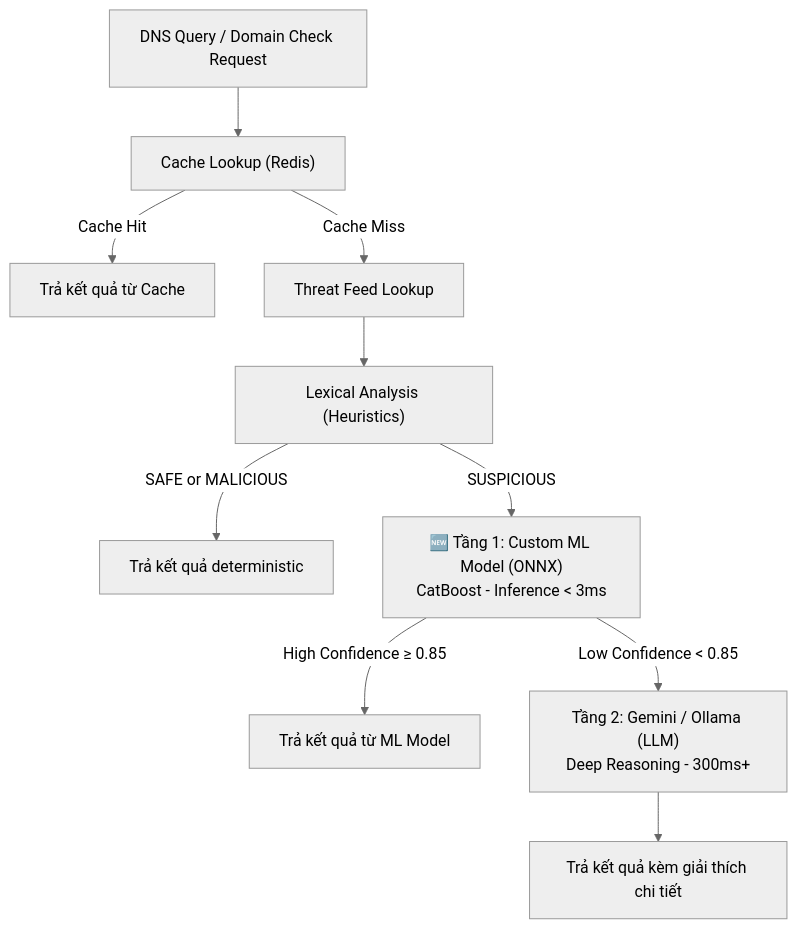
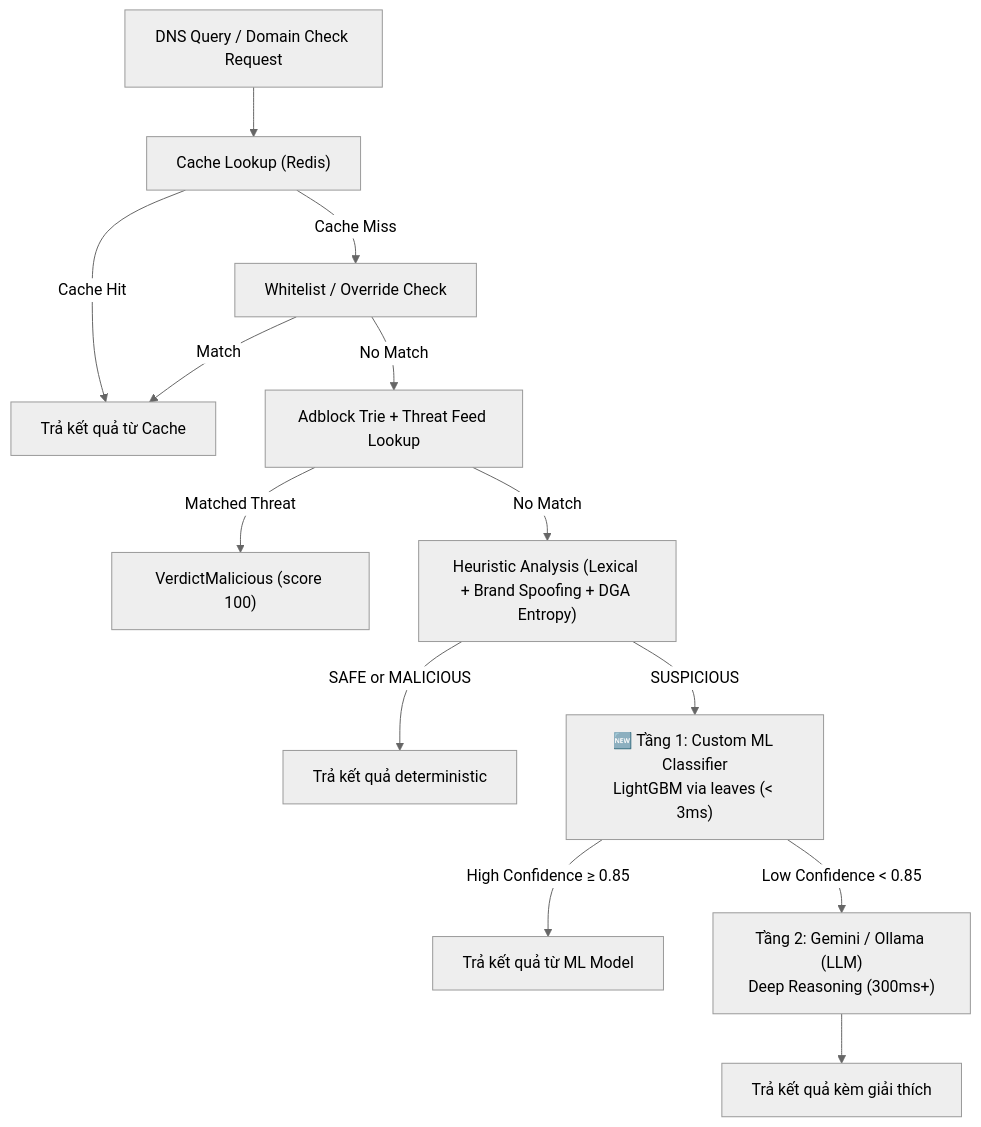
Before and after one commit to vmcchooky/safe-zone: the diagram in docs/safe-zone-ai-implementation_plan.md, drawn with Mermaid (neutral theme). The commit also changed other lines of this file, not shown here.

````diff
--- a/docs/safe-zone-ai-implementation_plan.md
+++ b/docs/safe-zone-ai-implementation_plan.md
@@ -29,12 +47,15 @@
 ```mermaid
 graph TD
     A["DNS Query / Domain Check Request"] --> B["Cache Lookup (Redis)"]
     B -->|Cache Hit| C["Trả kết quả từ Cache"]
-    B -->|Cache Miss| D["Threat Feed Lookup"]
-    D --> E["Lexical Analysis (Heuristics)"]
-    E -->|SAFE or MALICIOUS| F["Trả kết quả deterministic"]
-    E -->|SUSPICIOUS| G["🆕 Tầng 1: Custom ML Model (ONNX)\nCatBoost - Inference < 3ms"]
-    G -->|High Confidence ≥ 0.85| H["Trả kết quả từ ML Model"]
-    G -->|Low Confidence < 0.85| I["Tầng 2: Gemini / Ollama (LLM)\nDeep Reasoning - 300ms+"]
-    I --> J["Trả kết quả kèm giải thích chi tiết"]
+    B -->|Cache Miss| D["Whitelist / Override Check"]
+    D -->|Match| C
+    D -->|No Match| E["Adblock Trie + Threat Feed Lookup"]
+    E -->|Matched Threat| F["VerdictMalicious (score 100)"]
+    E -->|No Match| G["Heuristic Analysis (Lexical + Brand Spoofing + DGA Entropy)"]
+    G -->|SAFE or MALICIOUS| H["Trả kết quả deterministic"]
+    G -->|SUSPICIOUS| I["🆕 Tầng 1: Custom ML Classifier\nLightGBM via leaves (< 3ms)"]
+    I -->|High Confidence ≥ 0.85| J["Trả kết quả từ ML Model"]
+    I -->|Low Confidence < 0.85| K["Tầng 2: Gemini / Ollama (LLM)\nDeep Reasoning (300ms+)"]
+    K --> L["Trả kết quả kèm giải thích"]
 ```
````
